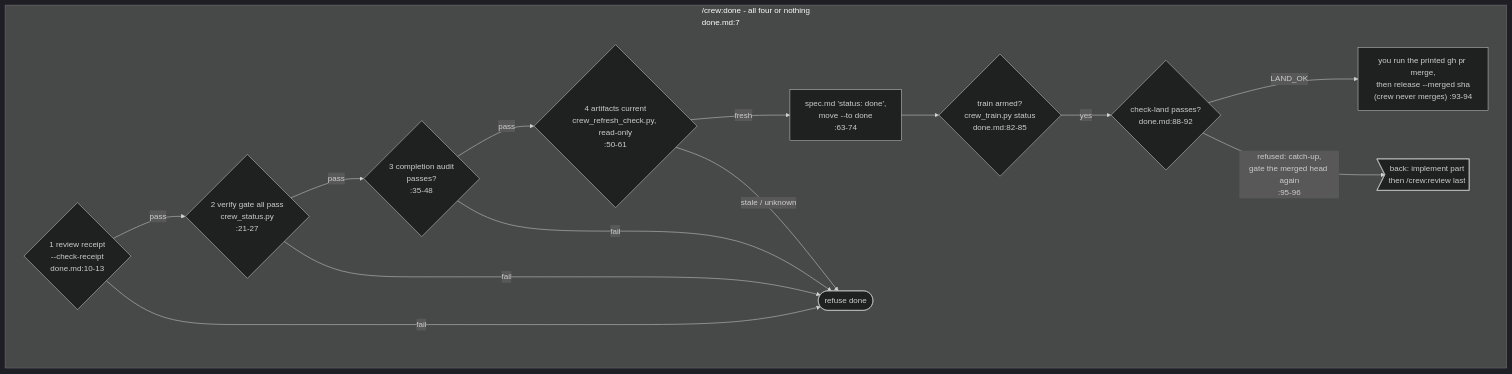
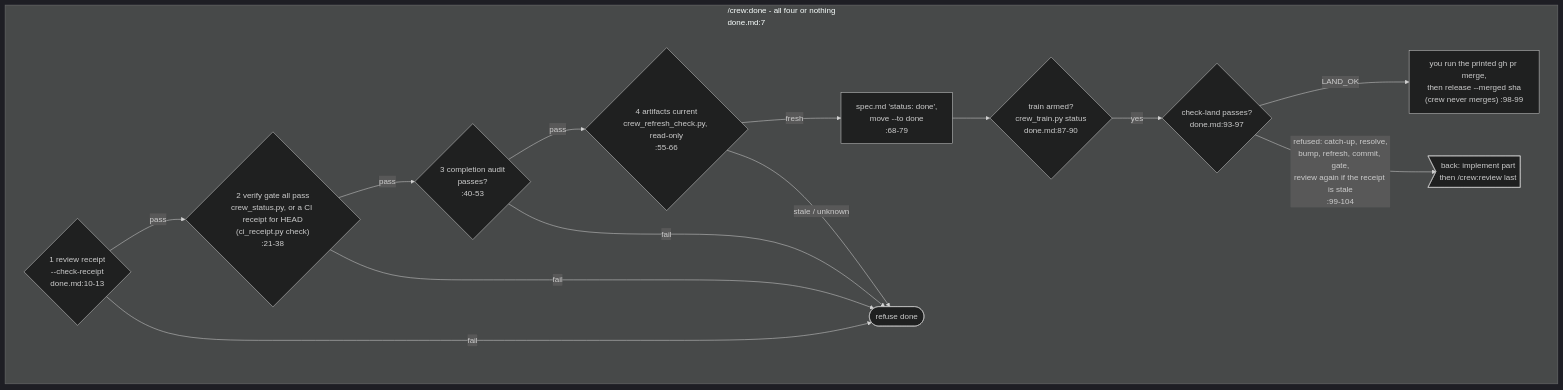
Before and after one commit to mbadali25/useful-claude-add-ons: diagram 28 of 36 in docs/diagrams/README.md, drawn with Mermaid (dark theme). The commit also changed other lines of this file and 1 other file, not shown here.

Commit message:
L-0522: regenerate docs/diagrams README.md and index.html from the merged sources (review FIX); the three container-dependent Readability verdicts keep main's PASS
Claude-Session: https://claude.ai/code/session_01YVvVmFJquzLKR26dG6oSQS

````diff
--- a/docs/diagrams/README.md
+++ b/docs/diagrams/README.md
@@ -1049,18 +1049,18 @@
 ```mermaid
 flowchart TB
     subgraph done["/crew:done - all four or nothing<br/>done.md:7"]
         dn1{"1 review receipt<br/>--check-receipt<br/>done.md:10-13"}
-        dn1 -- pass --> dn2{"2 verify gate all pass<br/>crew_status.py<br/>:21-27"}
-        dn2 -- pass --> dn3{"3 completion audit<br/>passes?<br/>:35-48"}
-        dn3 -- pass --> dn5{"4 artifacts current<br/>crew_refresh_check.py, read-only<br/>:50-61"}
-        dn5 -- fresh --> dn4["spec.md 'status: done',<br/>move --to done<br/>:63-74"]
+        dn1 -- pass --> dn2{"2 verify gate all pass<br/>crew_status.py, or a CI receipt for HEAD<br/>(ci_receipt.py check)<br/>:21-38"}
+        dn2 -- pass --> dn3{"3 completion audit<br/>passes?<br/>:40-53"}
+        dn3 -- pass --> dn5{"4 artifacts current<br/>crew_refresh_check.py, read-only<br/>:55-66"}
+        dn5 -- fresh --> dn4["spec.md 'status: done',<br/>move --to done<br/>:68-79"]
         dn1 -- fail --> dnx([refuse done])
         dn2 -- fail --> dnx
         dn3 -- fail --> dnx
         dn5 -- "stale / unknown" --> dnx
-        dn4 --> ln0{"train armed?<br/>crew_train.py status<br/>done.md:82-85"}
-        ln0 -- yes --> ln1{"check-land passes?<br/>done.md:88-92"}
-        ln1 -- LAND_OK --> ln2["you run the printed gh pr merge,<br/>then release --merged sha<br/>(crew never merges) :93-94"]
-        ln1 -- "refused: catch-up,<br/>gate the merged head again<br/>:95-96" --> to_im5>"back: implement part<br/>then /crew:review last"]
+        dn4 --> ln0{"train armed?<br/>crew_train.py status<br/>done.md:87-90"}
+        ln0 -- yes --> ln1{"check-land passes?<br/>done.md:93-97"}
+        ln1 -- LAND_OK --> ln2["you run the printed gh pr merge,<br/>then release --merged sha<br/>(crew never merges) :98-99"]
+        ln1 -- "refused: catch-up, resolve,<br/>bump, refresh, commit, gate,<br/>review again if the receipt is stale<br/>:99-104" --> to_im5>"back: implement part<br/>then /crew:review last"]
     end
 ```
````
